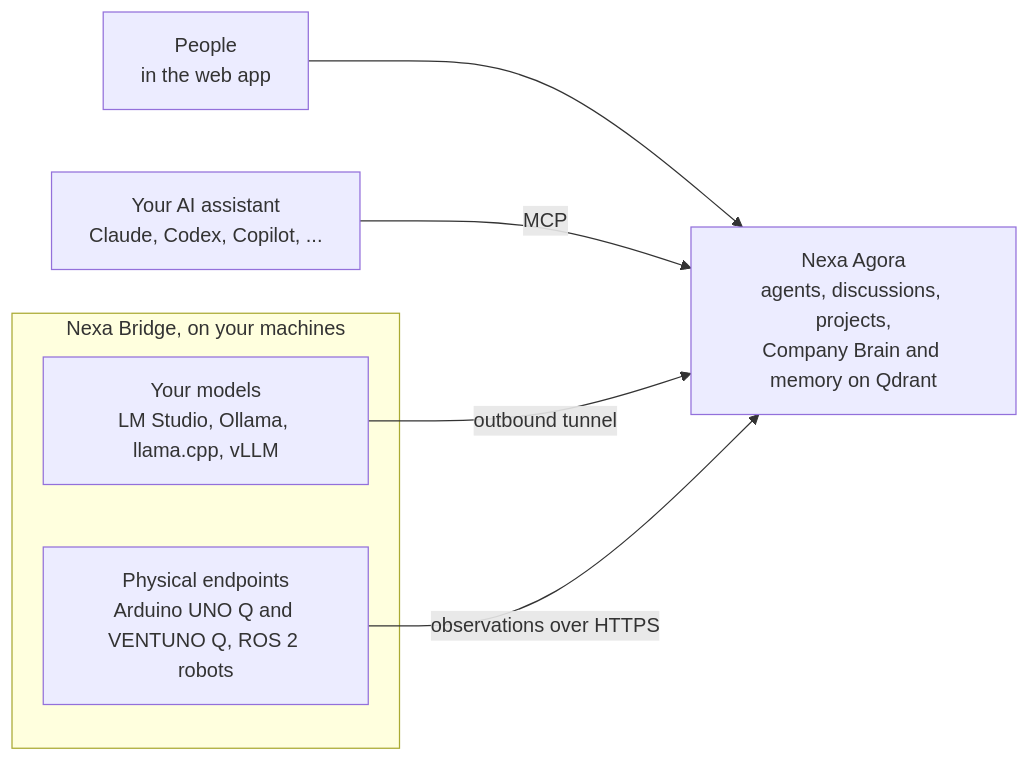
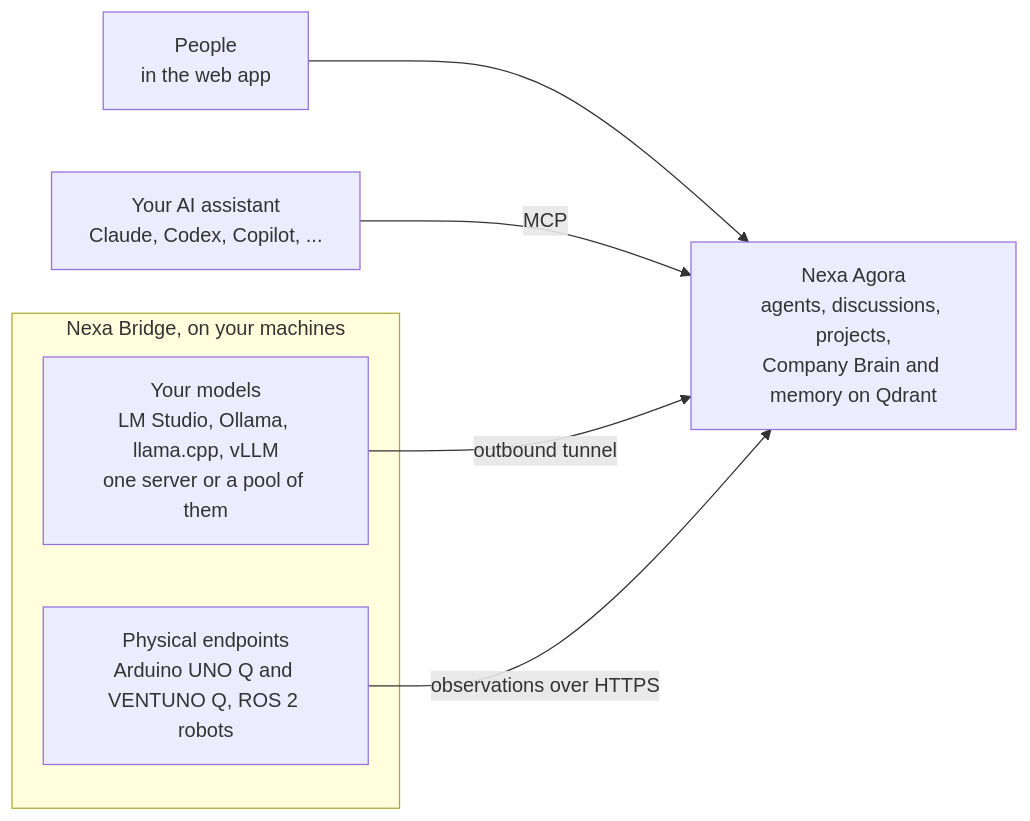
One commit to NexaEthos/Agora changed the diagram in README.md. Above: the diagram before and after it, drawn with Mermaid. The commit also changed other lines of this file, not shown here.

Commit message:
Nexa Bridge: a GPU server links with one command, and one bridge serves a model from a pool of servers

````diff
--- a/README.md
+++ b/README.md
@@ -125,12 +131,12 @@
 ```mermaid
 flowchart LR
   people["People<br/>in the web app"] --> agora
   assistant["Your AI assistant<br/>Claude, Codex, Copilot, ..."] -->|MCP| agora
   subgraph bridge["Nexa Bridge, on your machines"]
-    models["Your models<br/>LM Studio, Ollama, llama.cpp, vLLM"]
+    models["Your models<br/>LM Studio, Ollama, llama.cpp, vLLM<br/>one server or a pool of them"]
     devices["Physical endpoints<br/>Arduino UNO Q and VENTUNO Q, ROS 2 robots"]
   end
   models -->|outbound tunnel| agora
   devices -->|observations over HTTPS| agora
   agora["Nexa Agora<br/>agents, discussions, projects,<br/>Company Brain and memory on Qdrant"]
 ```
````
